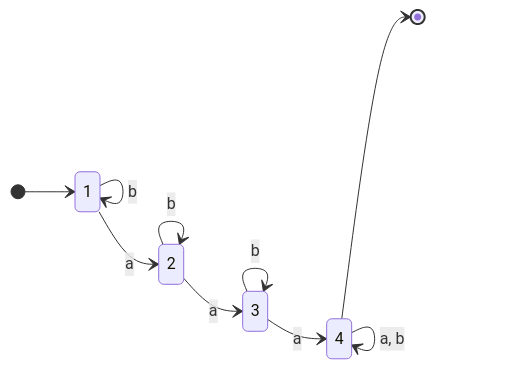
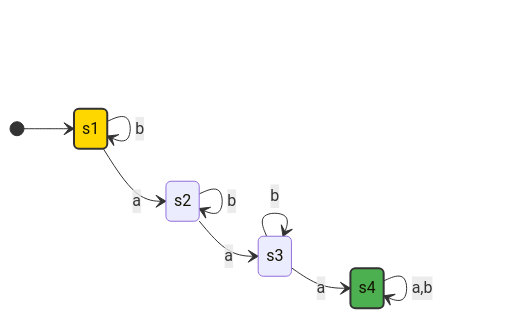
One commit to aarnphm/aarnphm.github.io changed the first of 7 diagrams in content/thoughts/university/twenty-three-twenty-four/sfwr-2fa3/DFA.md. Above: the diagram before and after it, drawn with Mermaid. The commit also changed other lines of this file and 32 other files, not shown here.

````diff
--- a/content/thoughts/university/twenty-three-twenty-four/sfwr-2fa3/DFA.md
+++ b/content/thoughts/university/twenty-three-twenty-four/sfwr-2fa3/DFA.md
@@ -54,14 +55,26 @@
 ```mermaid
 stateDiagram-v2
-  direction LR
+    direction LR
+    classDef accepting fill:#4CAF50,stroke:#333,stroke-width:2px
+    classDef start fill:#FFD700,stroke:#333,stroke-width:2px
 
-  [*] --> 1
-  1 --> 1 : b
-  1 --> 2 : a
-  2 --> 2 : b
-  2 --> 3 : a
-  3 --> 3 : b
-  3 --> 4 : a
-  4 --> 4 : a, b
-  4 --> [*]
+    s1: s1
+    s2: s2
+    s3: s3
+    s4: s4
+
+    [*] --> s1
+    s1 --> s1: b
+    s1 --> s2: a
+
+    s2 --> s2: b
+    s2 --> s3: a
+
+    s3 --> s3: b
+    s3 --> s4: a
+
+    s4 --> s4: a,b
+
+    class s4 accepting
+    class s1 start
 ```
````
